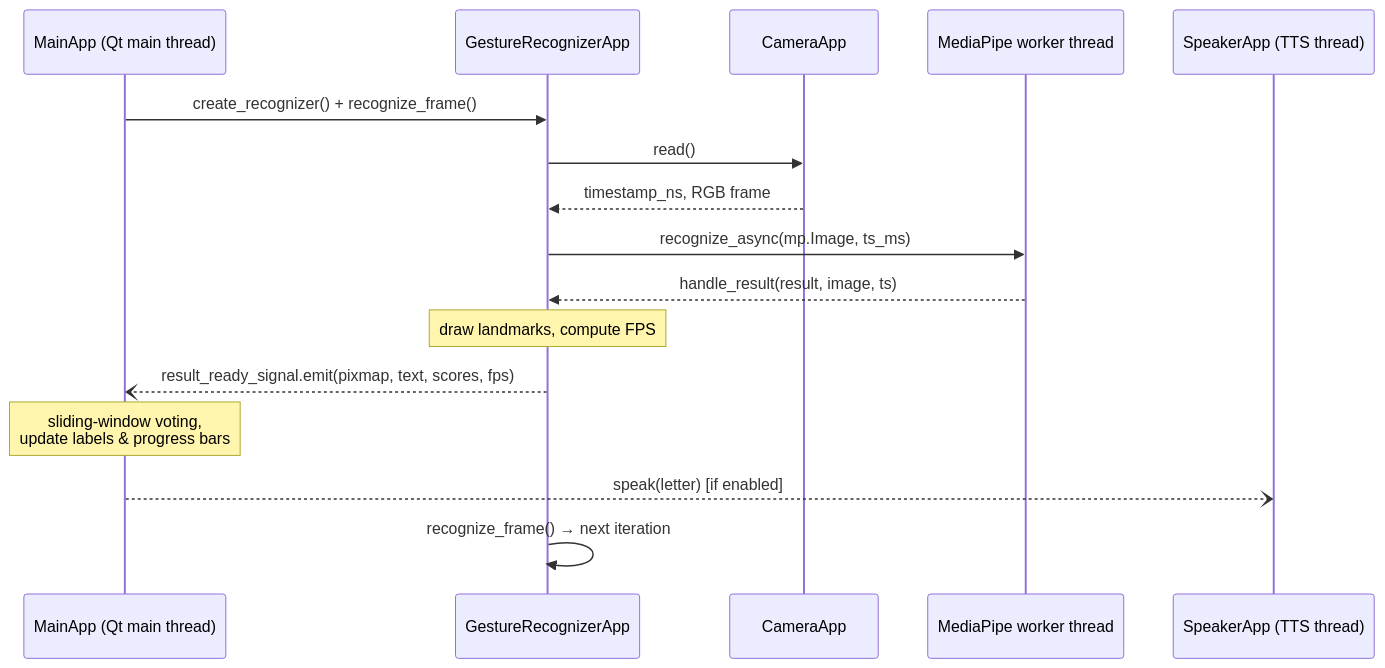
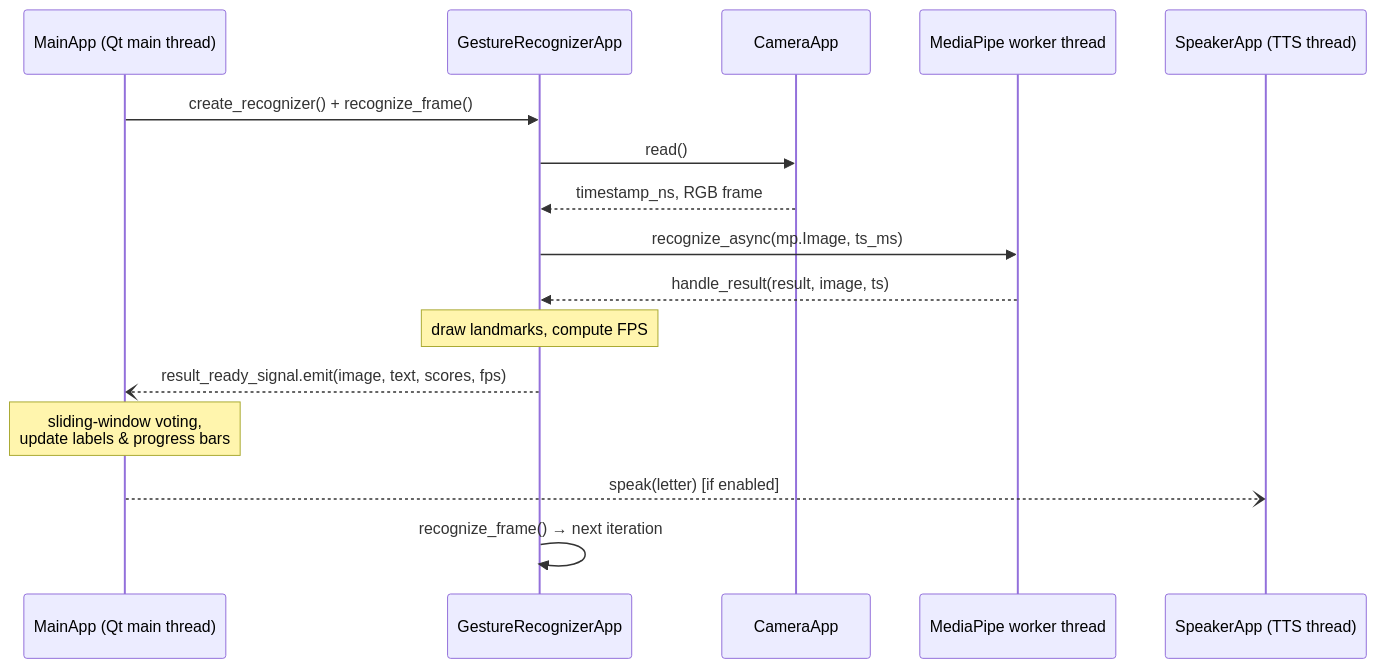
Before and after one commit to DXtR1337/AI_sign_language_translator: the second of 2 diagrams in docs/TECHNICAL_DOCUMENTATION.md, drawn with Mermaid. The commit also changed other lines of this file and 5 other files, not shown here.

````diff
--- a/docs/TECHNICAL_DOCUMENTATION.md
+++ b/docs/TECHNICAL_DOCUMENTATION.md
@@ -82,19 +83,19 @@
 ```mermaid
 sequenceDiagram
     participant M as MainApp (Qt main thread)
     participant R as GestureRecognizerApp
     participant C as CameraApp
     participant MP as MediaPipe worker thread
     participant T as SpeakerApp (TTS thread)
 
     M->>R: create_recognizer() + recognize_frame()
     R->>C: read()
     C-->>R: timestamp_ns, RGB frame
     R->>MP: recognize_async(mp.Image, ts_ms)
     MP-->>R: handle_result(result, image, ts)
     Note over R: draw landmarks, compute FPS
-    R--)M: result_ready_signal.emit(pixmap, text, scores, fps)
+    R--)M: result_ready_signal.emit(image, text, scores, fps)
     Note over M: sliding-window voting,<br/>update labels & progress bars
     M--)T: speak(letter)  [if enabled]
     R->>R: recognize_frame()  → next iteration
 ```
````
